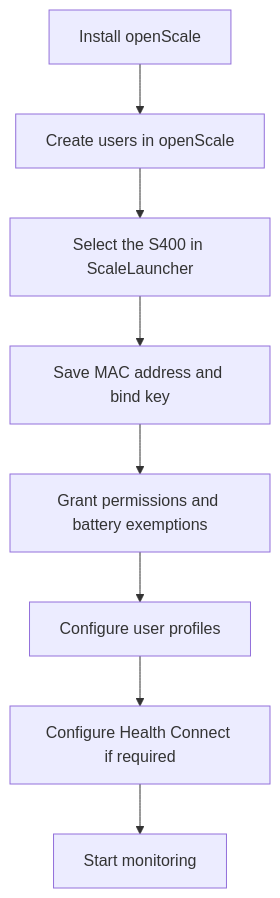
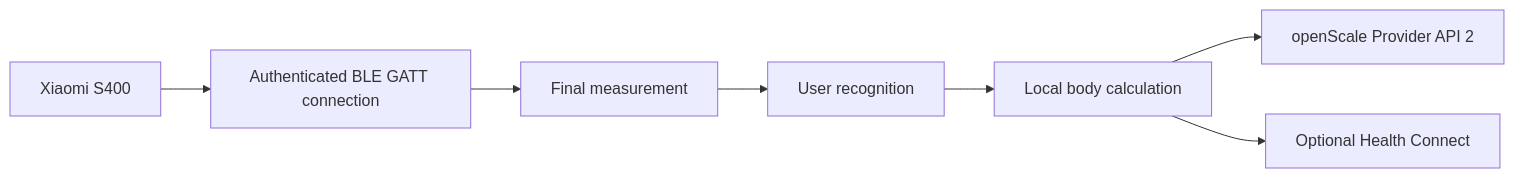
The diagram in README.md (1260er/ScaleLauncher), drawn with Mermaid before and after one commit. The commit also changed other lines of this file and 9 other files, not shown here.

````diff
--- a/README.md
+++ b/README.md
@@ -166,10 +37,9 @@
 ```mermaid
-flowchart TD
-    A[Install openScale] --> B[Create users in openScale]
-    B --> C[Select the S400 in ScaleLauncher]
-    C --> D[Save MAC address and bind key]
-    D --> E[Grant permissions and battery exemptions]
-    E --> F[Configure user profiles]
-    F --> G[Configure Health Connect if required]
-    G --> H[Start monitoring]
+flowchart LR
+    A[Xiaomi S400] --> B[Authenticated BLE GATT connection]
+    B --> C[Final measurement]
+    C --> D[User recognition]
+    D --> E[Local body calculation]
+    E --> F[openScale Provider API 2]
+    E --> G[Optional Health Connect]
 ```
````
